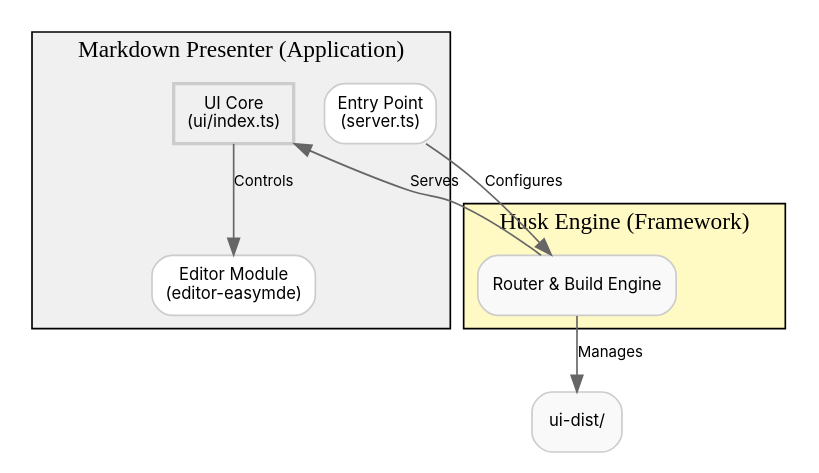
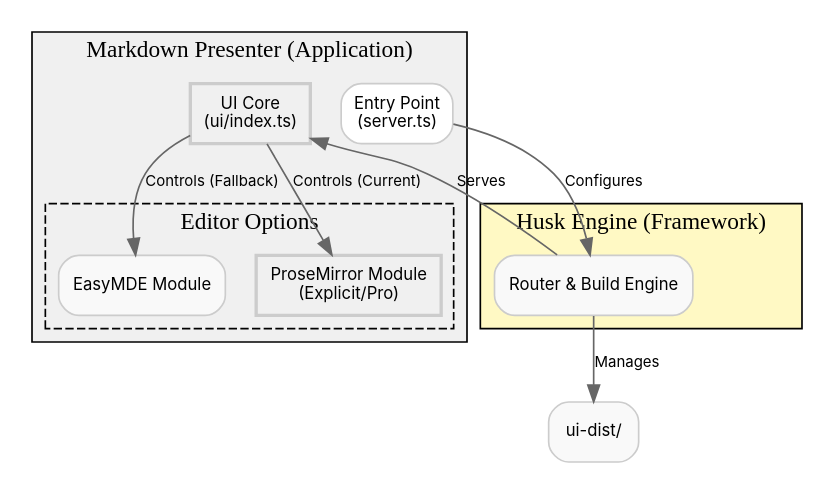
The first of 2 diagrams in SPEC.md (invisement/markdown-presentation), drawn with Graphviz before and after one commit. The commit also changed other lines of this file and 937 other files, not shown here.

````diff
--- a/SPEC.md
+++ b/SPEC.md
@@ -19,31 +21,38 @@
 ```dot
 digraph AppArchitecture {
     rankdir=TB;
     node [shape=box, style="rounded,filled", fontname="Inter, Helvetica", fontsize=10, fillcolor="#f9f9f9", color="#cccccc"];
     edge [fontname="Inter, Helvetica", fontsize=9, color="#666666"];
 
     subgraph cluster_app {
         label="Markdown Presenter (Application)";
         fontname="Inter Bold";
         fillcolor="#f0f0f0";
         style=filled;
 
         UI [label="UI Core\n(ui/index.ts)", fillcolor="#ffffff", style=bold];
         Server [label="Entry Point\n(server.ts)", fillcolor="#ffffff"];
-        Editor [label="Editor Module\n(editor-easymde)", fillcolor="#ffffff"];
+        
+        subgraph cluster_editors {
+            label="Editor Options";
+            style=dashed;
+            EasyMDE [label="EasyMDE Module"];
+            ProseMirror [label="ProseMirror Module\n(Explicit/Pro)", fillcolor="#fff9c4", style=bold];
+        }
     }
 
     subgraph cluster_husk {
         label="Husk Engine (Framework)";
         fontname="Inter Bold";
         fillcolor="#fff9c4";
         style=filled;
         HuskCore [label="Router & Build Engine"];
     }
 
     Server -> HuskCore [label="Configures"];
     HuskCore -> UI [label="Serves"];
-    UI -> Editor [label="Controls"];
+    UI -> ProseMirror [label="Controls (Current)"];
+    UI -> EasyMDE [label="Controls (Fallback)"];
     HuskCore -> "ui-dist/" [label="Manages"];
 }
 ```
````
